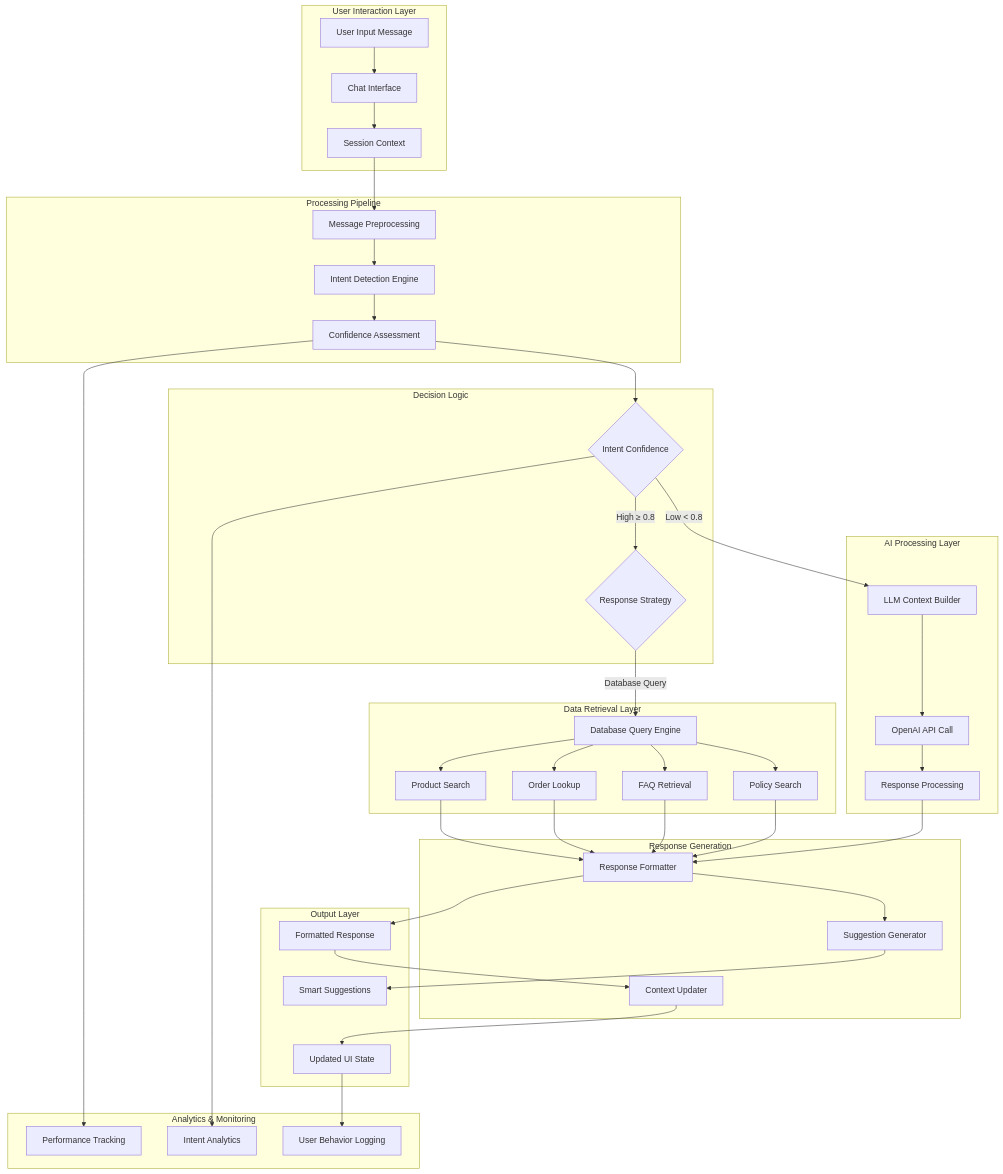
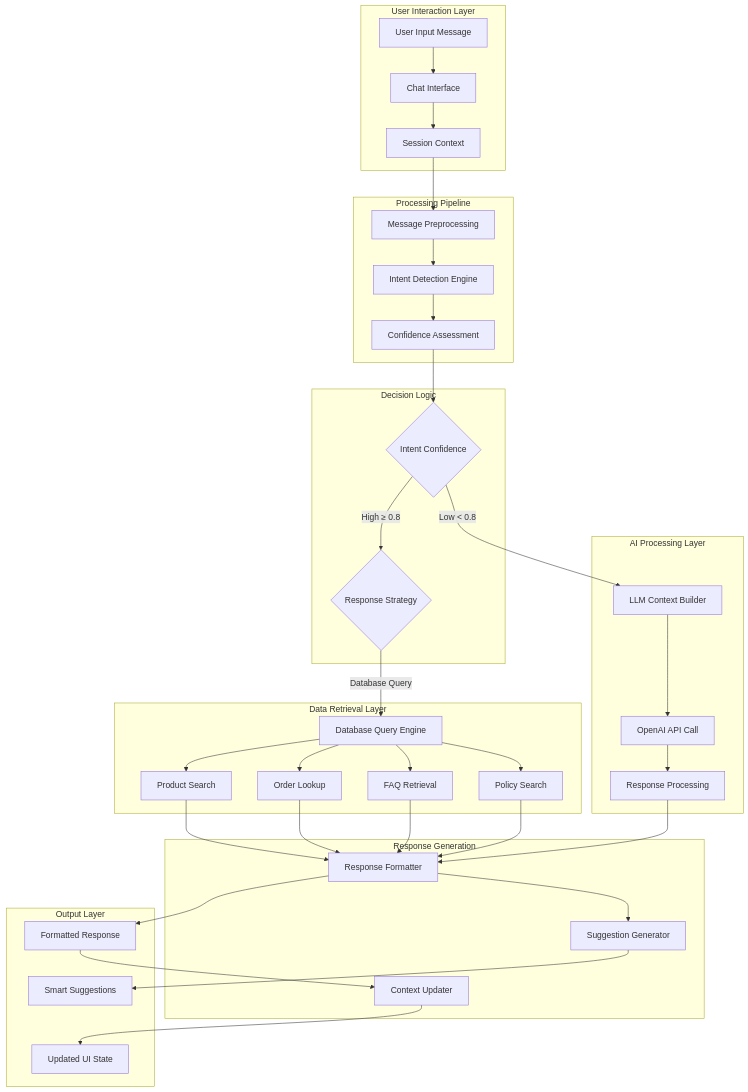
The third of 21 diagrams in submission.md (RensithUdara/Customer-Support-Chatbot), drawn with Mermaid before and after one commit. The commit also changed other lines of this file, not shown here.

Commit message:
chore: Refactor architecture diagrams for improved clarity and consistency

````diff
--- a/submission.md
+++ b/submission.md
@@ -223,12 +218,6 @@
         V[Updated UI State]
     end
     
-    subgraph "Analytics & Monitoring"
-        W[Performance Tracking]
-        X[Intent Analytics]
-        Y[User Behavior Logging]
-    end
-    
     A --> B
     B --> C
     C --> D
@@ -258,8 +247,4 @@
     R --> U
     T --> S
     S --> V
-    
-    F --> W
-    G --> X
-    V --> Y
 ```
````
